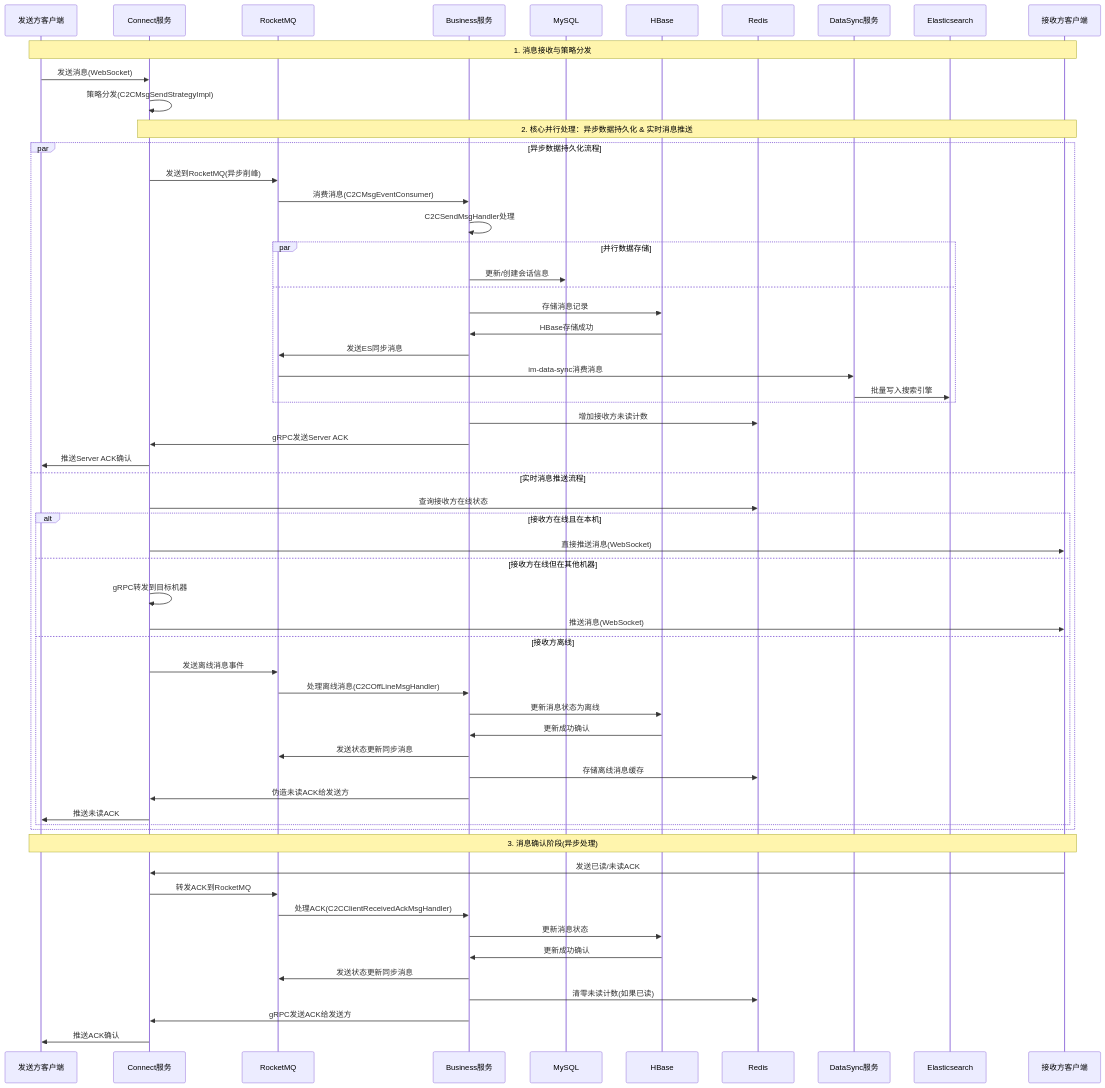
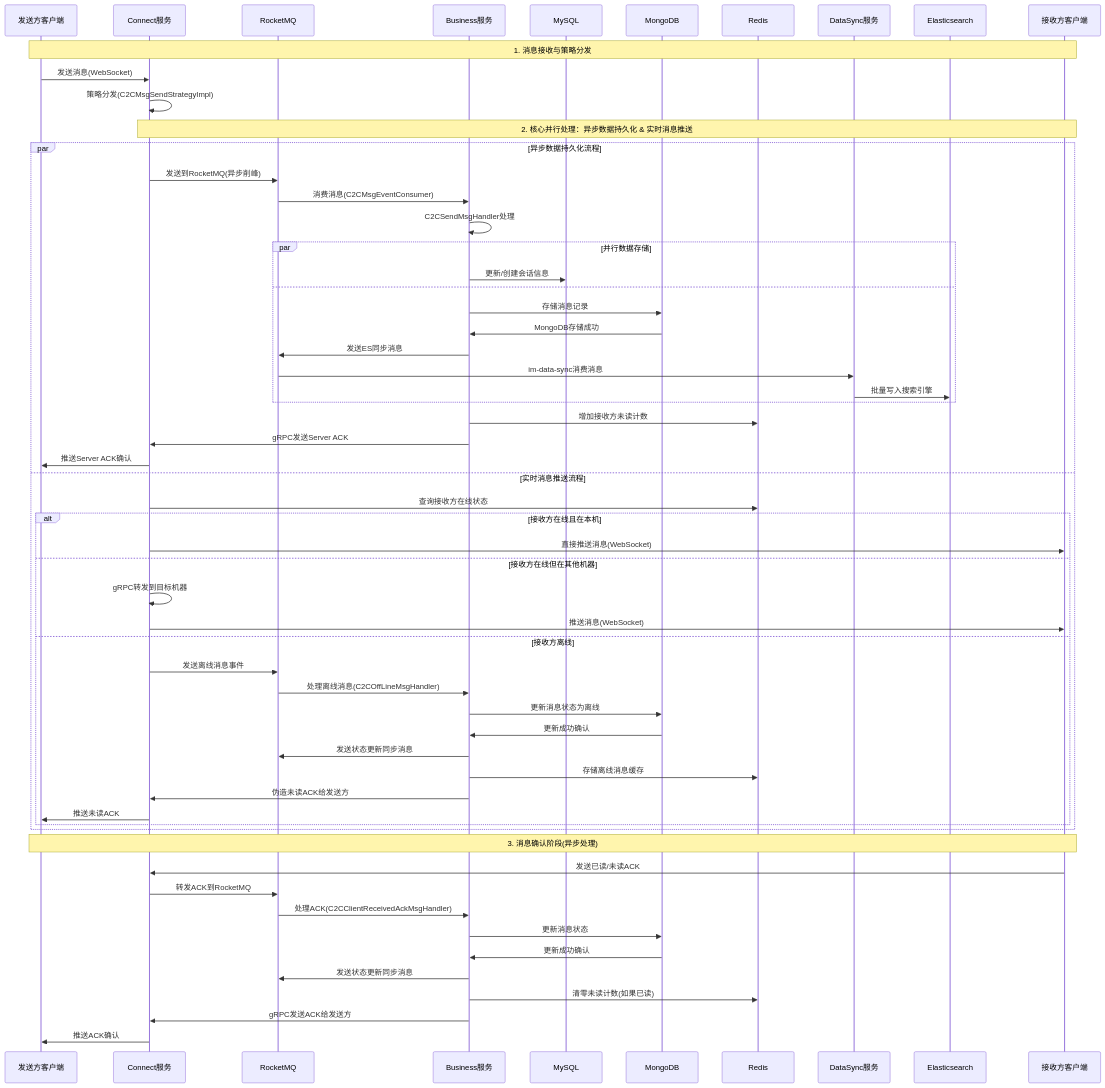
One commit to 598572/xzll-im-server changed the third of 3 diagrams in README.md. Above: the diagram before and after it, drawn with Mermaid. The commit also changed other lines of this file and 2 other files, not shown here.

Commit message:
架构图变更

````diff
--- a/README.md
+++ b/README.md
@@ -153,64 +153,64 @@
 ```mermaid
 sequenceDiagram
     participant C1 as 发送方客户端
     participant CON as Connect服务
     participant MQ as RocketMQ
     participant BIZ as Business服务
     participant M as MySQL
-    participant H as HBase
+    participant MG as MongoDB
     participant R as Redis
     participant DS as DataSync服务
     participant ES as Elasticsearch
     participant C2 as 接收方客户端
 
     Note over C1,C2: 1. 消息接收与策略分发
     C1->>CON: 发送消息(WebSocket)
     CON->>CON: 策略分发(C2CMsgSendStrategyImpl)
-    
+
     Note over CON,C2: 2. 核心并行处理：异步数据持久化 & 实时消息推送
     par 异步数据持久化流程
         CON->>MQ: 发送到RocketMQ(异步削峰)
         MQ->>BIZ: 消费消息(C2CMsgEventConsumer)
         BIZ->>BIZ: C2CSendMsgHandler处理
         par 并行数据存储
             BIZ->>M: 更新/创建会话信息
-        and 
-            BIZ->>H: 存储消息记录
-            H->>BIZ: HBase存储成功
+        and
+            BIZ->>MG: 存储消息记录
+            MG->>BIZ: MongoDB存储成功
             BIZ->>MQ: 发送ES同步消息
             MQ->>DS: im-data-sync消费消息
             DS->>ES: 批量写入搜索引擎
         end
         BIZ->>R: 增加接收方未读计数
         BIZ->>CON: gRPC发送Server ACK
         CON->>C1: 推送Server ACK确认
     and 实时消息推送流程
         CON->>R: 查询接收方在线状态
         alt 接收方在线且在本机
             CON->>C2: 直接推送消息(WebSocket)
         else 接收方在线但在其他机器
             CON->>CON: gRPC转发到目标机器
             CON->>C2: 推送消息(WebSocket)
         else 接收方离线
             CON->>MQ: 发送离线消息事件
             MQ->>BIZ: 处理离线消息(C2COffLineMsgHandler)
-            BIZ->>H: 更新消息状态为离线
-            H->>BIZ: 更新成功确认
+            BIZ->>MG: 更新消息状态为离线
+            MG->>BIZ: 更新成功确认
             BIZ->>MQ: 发送状态更新同步消息
             BIZ->>R: 存储离线消息缓存
             BIZ->>CON: 伪造未读ACK给发送方
             CON->>C1: 推送未读ACK
         end
     end
-    
+
     Note over C2,C1: 3. 消息确认阶段(异步处理)
     C2->>CON: 发送已读/未读ACK
     CON->>MQ: 转发ACK到RocketMQ
     MQ->>BIZ: 处理ACK(C2CClientReceivedAckMsgHandler)
-    BIZ->>H: 更新消息状态
-    H->>BIZ: 更新成功确认
+    BIZ->>MG: 更新消息状态
+    MG->>BIZ: 更新成功确认
     BIZ->>MQ: 发送状态更新同步消息
     BIZ->>R: 清零未读计数(如果已读)
     BIZ->>CON: gRPC发送ACK给发送方
     CON->>C1: 推送ACK确认
 ```
````
